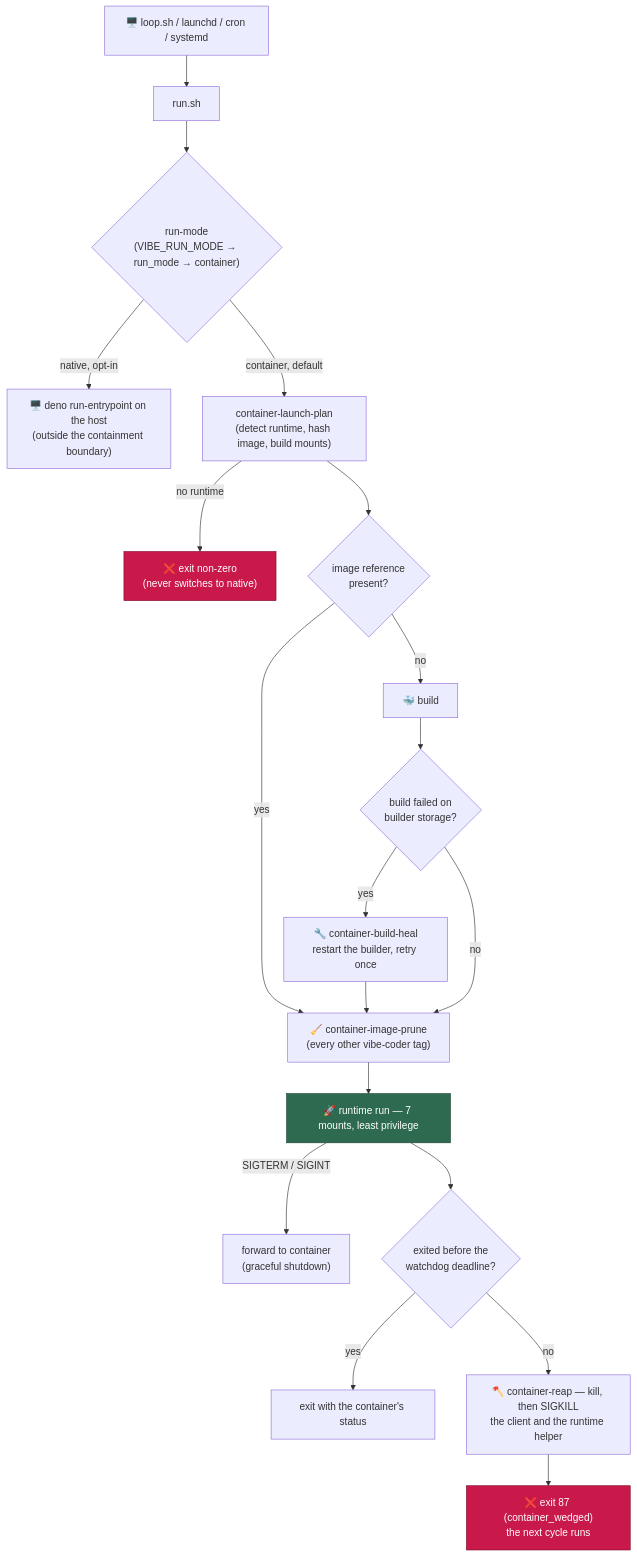
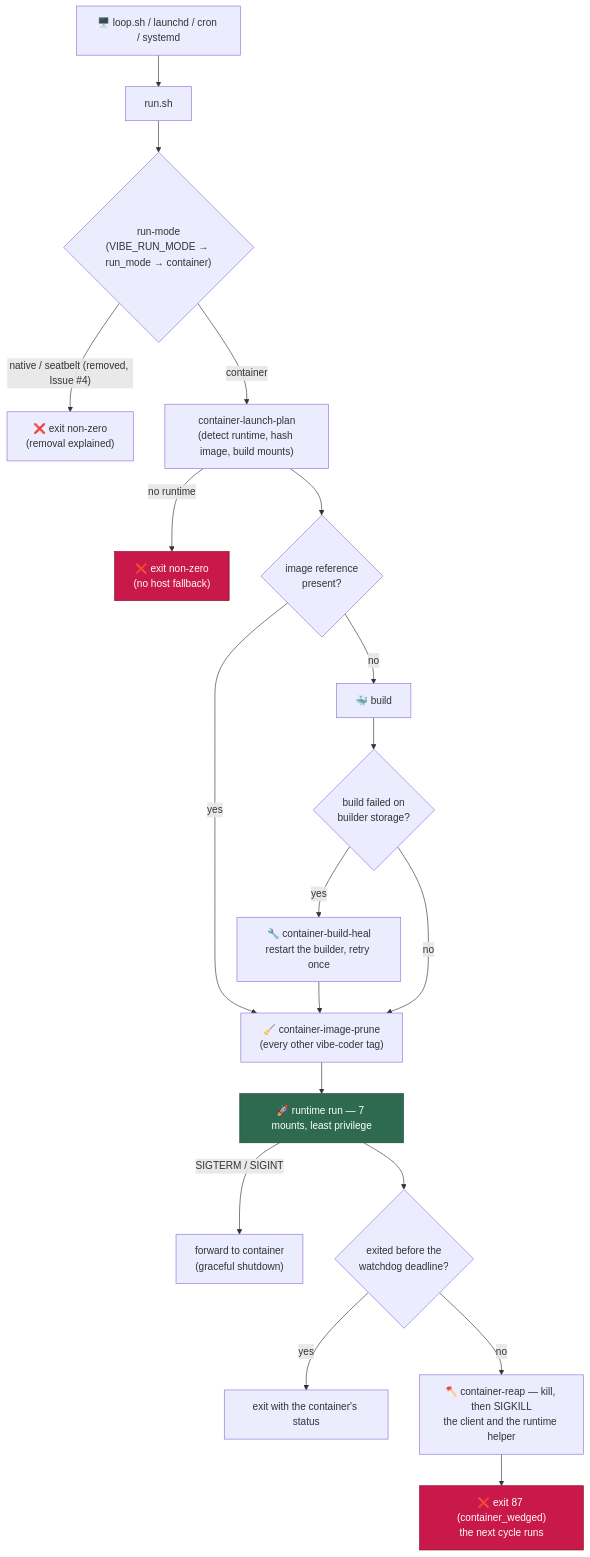
Before and after one commit to stSoftwareAU/VibeCoder: the seventh of 11 diagrams in docs/CONTAINER.md, drawn with Mermaid. The commit also changed other lines of this file and 50 other files, not shown here.

````diff
--- a/docs/CONTAINER.md
+++ b/docs/CONTAINER.md
@@ -462,24 +456,24 @@
 ```mermaid
 flowchart TD
     S["🖥️ loop.sh / launchd / cron / systemd"] --> R["run.sh"]
     R --> M{"run-mode<br/>(VIBE_RUN_MODE → run_mode → container)"}
-    M -->|native, opt-in| NV["🖥️ deno run-entrypoint on the host<br/>(outside the containment boundary)"]
-    M -->|container, default| P["container-launch-plan<br/>(detect runtime, hash image, build mounts)"]
-    P -->|no runtime| X["❌ exit non-zero<br/>(never switches to native)"]
+    M -->|"native / seatbelt (removed, Issue #4)"| NV["❌ exit non-zero<br/>(removal explained)"]
+    M -->|container| P["container-launch-plan<br/>(detect runtime, hash image, build mounts)"]
+    P -->|no runtime| X["❌ exit non-zero<br/>(no host fallback)"]
     P --> E{"image reference<br/>present?"}
     E -->|no| B["🐳 build"]
     E -->|yes| PR
     B --> BF{"build failed on<br/>builder storage?"}
     BF -->|yes| BH["🔧 container-build-heal<br/>restart the builder, retry once"]
     BH --> PR
     BF -->|no| PR["🧹 container-image-prune<br/>(every other vibe-coder tag)"]
     PR --> L["🚀 runtime run — 7 mounts, least privilege"]
     L -->|SIGTERM / SIGINT| T["forward to container<br/>(graceful shutdown)"]
     L --> W{"exited before the<br/>watchdog deadline?"}
     W -->|yes| Z["exit with the container's status"]
     W -->|no| K["🪓 container-reap — kill, then SIGKILL<br/>the client and the runtime helper"]
     K --> KX["❌ exit 87 (container_wedged)<br/>the next cycle runs"]
     style X fill:#c9184a,stroke:#800f2f,color:#fff
     style KX fill:#c9184a,stroke:#800f2f,color:#fff
     style L fill:#2d6a4f,stroke:#1b4332,color:#fff
 ```
````
